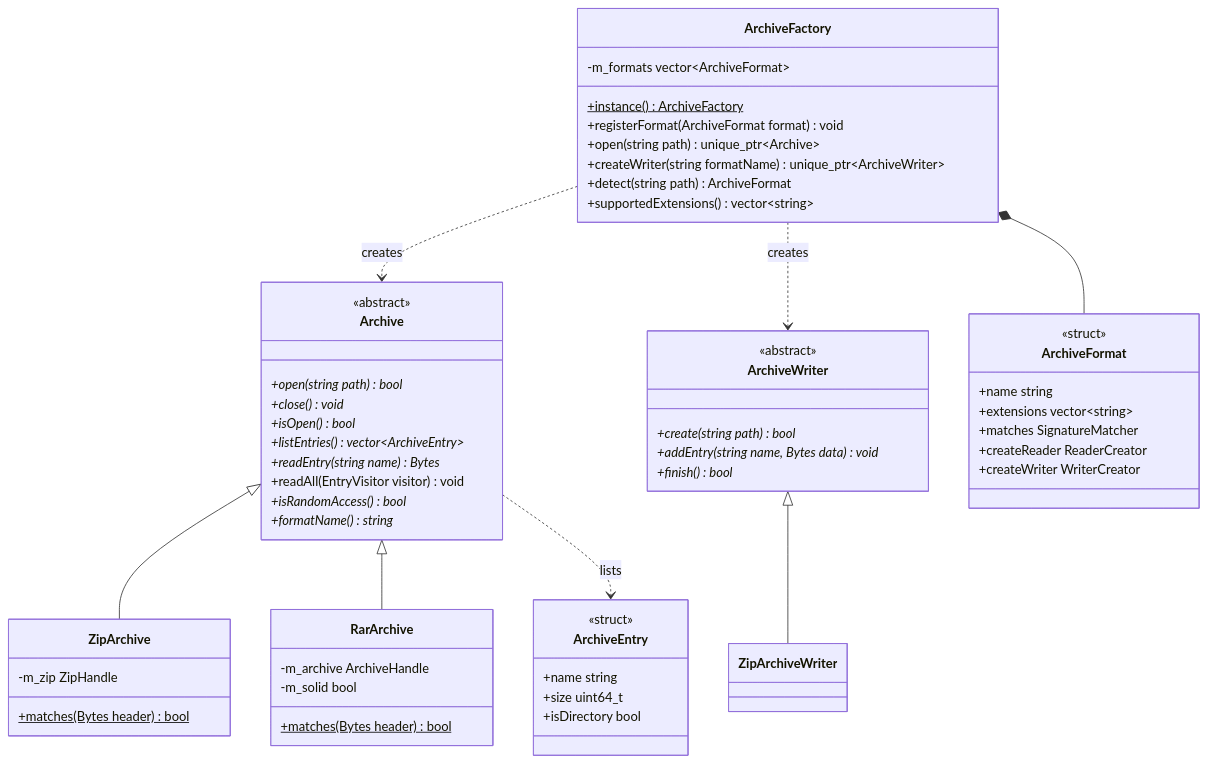
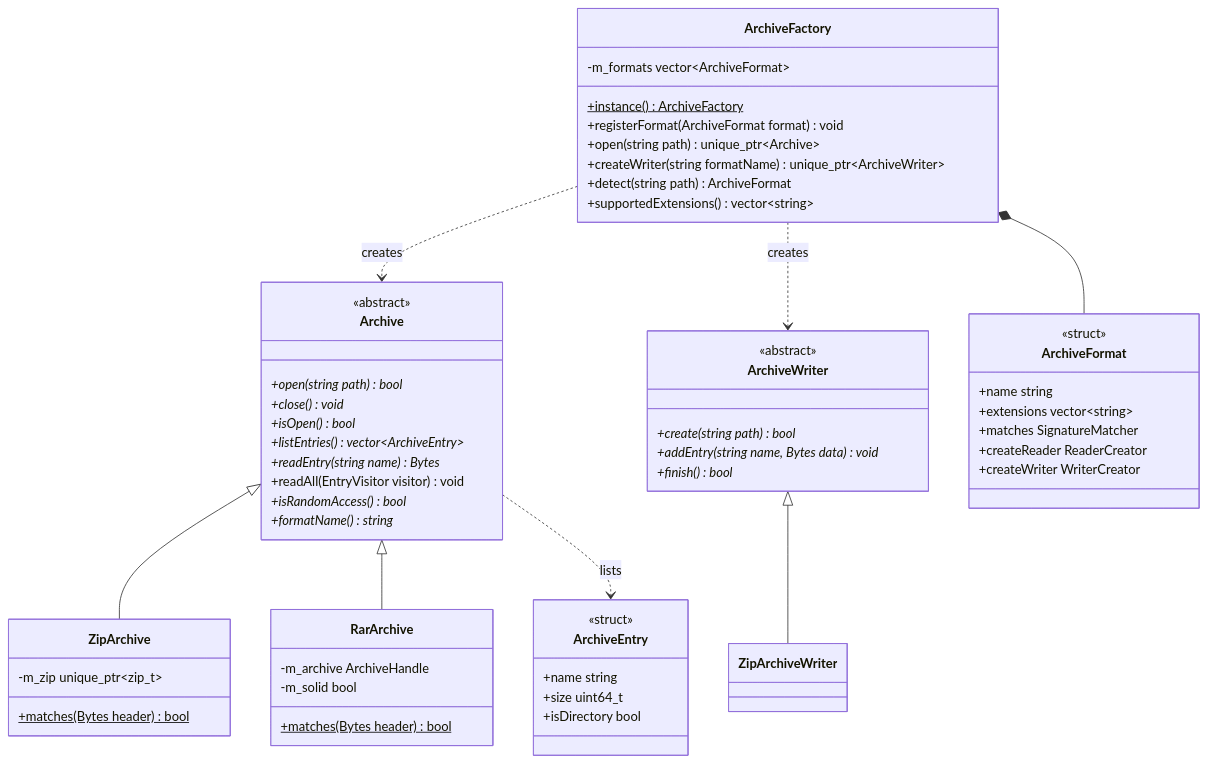
Before and after one commit to jvolima/comic-book: the third of 10 diagrams in src/docs/03-architecture.md, drawn with Mermaid. The commit also changed other lines of this file and 4 other files, not shown here.

````diff
--- a/src/docs/03-architecture.md
+++ b/src/docs/03-architecture.md
@@ -187,60 +187,60 @@
 ```mermaid
 classDiagram
     class Archive {
         <<abstract>>
         +open(string path) bool*
         +close() void*
         +isOpen() bool*
         +listEntries() vector~ArchiveEntry~*
         +readEntry(string name) Bytes*
         +readAll(EntryVisitor visitor) void
         +isRandomAccess() bool*
         +formatName() string*
     }
     class ArchiveEntry {
         <<struct>>
         +name string
         +size uint64_t
         +isDirectory bool
     }
     class ZipArchive {
         +matches(Bytes header)$ bool
-        -m_zip ZipHandle
+        -m_zip unique_ptr~zip_t~
     }
     class RarArchive {
         +matches(Bytes header)$ bool
         -m_archive ArchiveHandle
         -m_solid bool
     }
     class ArchiveWriter {
         <<abstract>>
         +create(string path) bool*
         +addEntry(string name, Bytes data) void*
         +finish() bool*
     }
     class ZipArchiveWriter
     class ArchiveFormat {
         <<struct>>
         +name string
         +extensions vector~string~
         +matches SignatureMatcher
         +createReader ReaderCreator
         +createWriter WriterCreator
     }
     class ArchiveFactory {
         +instance()$ ArchiveFactory
         +registerFormat(ArchiveFormat format) void
         +open(string path) unique_ptr~Archive~
         +createWriter(string formatName) unique_ptr~ArchiveWriter~
         +detect(string path) ArchiveFormat
         +supportedExtensions() vector~string~
         -m_formats vector~ArchiveFormat~
     }
     Archive <|-- ZipArchive
     Archive <|-- RarArchive
     Archive ..> ArchiveEntry : lists
     ArchiveWriter <|-- ZipArchiveWriter
     ArchiveFactory *-- ArchiveFormat
     ArchiveFactory ..> Archive : creates
     ArchiveFactory ..> ArchiveWriter : creates
 ```
````
